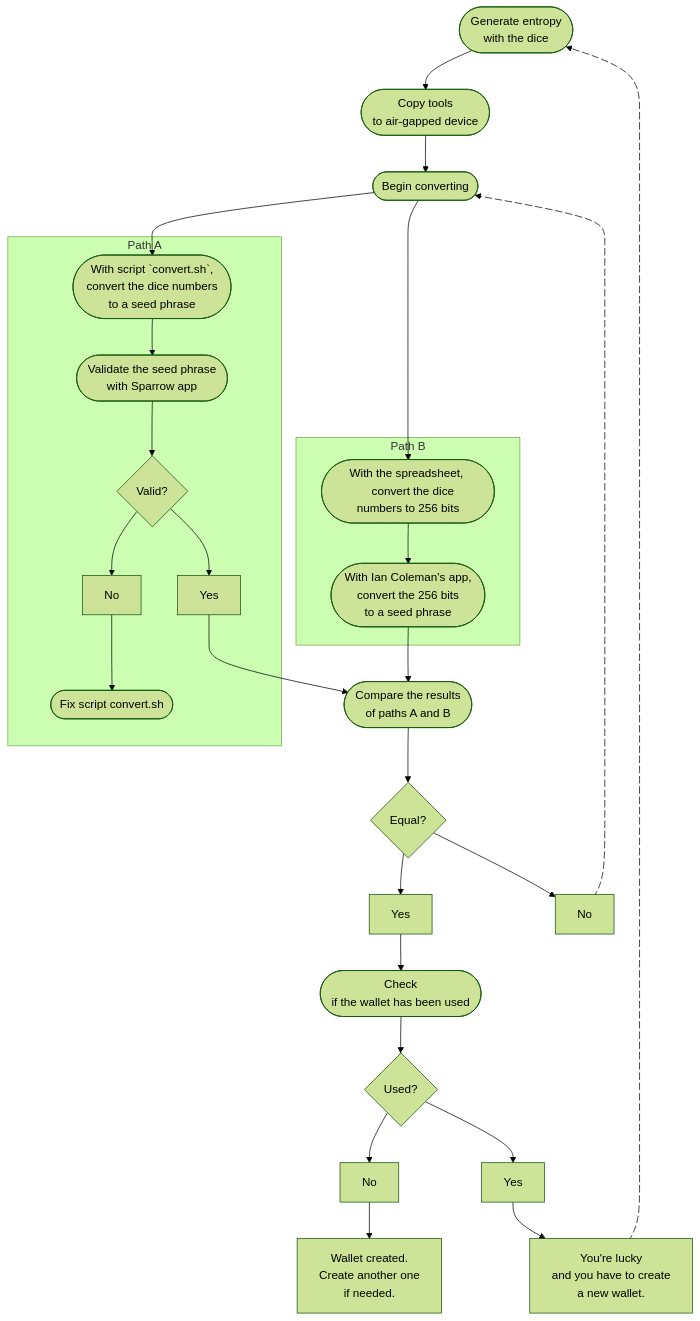
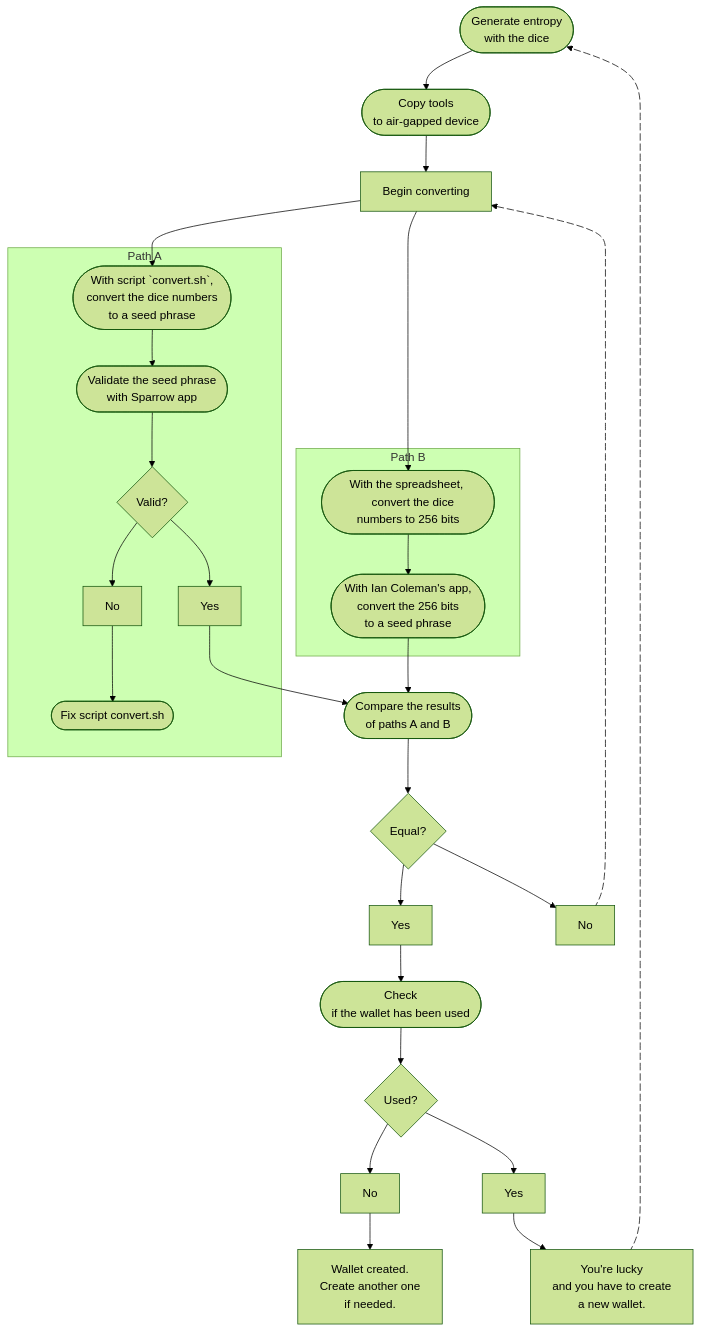
One commit to cardinal-II/learn-processes-with-schemes changed the diagram in bitcoin/=process20.md. Above: the diagram before and after it, drawn with Mermaid (forest theme).

Commit message:
Changed process 20 format.

````diff
--- a/bitcoin/=process20.md
+++ b/bitcoin/=process20.md
@@ -3,56 +3,56 @@
 ```mermaid
 flowchart TD
     entropy --> copy_tools_to_airgapped --> begin_converting --> convert_numbers_a & convert_numbers_b;
     subgraph Path A
         convert_numbers_a --> validate_seed --> valid1 --> yes1 & no1;
         no1 --> fix_script;
         end
     subgraph Path B
         convert_numbers_b --> ian_coleman;
         end
     yes1 & ian_coleman --> compare_paths --> equal --> yes2 & no2;
     no2 e1@--> begin_converting;
     yes2 --> check_used --> used --> no3 & yes3;
     yes3 --> lucky e2@--> entropy;
     no3 --> wallet_created;
     
 entropy(["Generate entropy 
     with the dice"]);
 copy_tools_to_airgapped(["Copy tools 
     to air-gapped device"]);
-begin_converting([Begin converting]);
+begin_converting[Begin converting];
 convert_numbers_a(["With script `convert.sh`,
     convert the dice numbers 
     to a seed phrase"]);
 validate_seed(["Validate the seed phrase
     with Sparrow app"])
 valid1{Valid?}
 yes1[Yes]
 no1[No]
 fix_script([Fix script convert.sh])
 convert_numbers_b(["With the spreadsheet, 
     convert the dice numbers to 256 bits"])
 ian_coleman(["With Ian Coleman's app, 
     convert the 256 bits 
     to a seed phrase"])
 compare_paths(["Compare the results 
     of paths A and B"])
 equal{Equal?};
 yes2[Yes]
 no2[No];
 e1@{ animation: fast };
 e2@{ animation: fast };
 check_used(["Check 
     if the wallet has been used"])
 
 used{Used?}
 yes3[Yes]
 lucky["You're lucky
     and you have to create 
     a new wallet."]
 no3[No]
 wallet_created["Wallet created. 
     Create another one
     if needed."]
 
 ```
````
